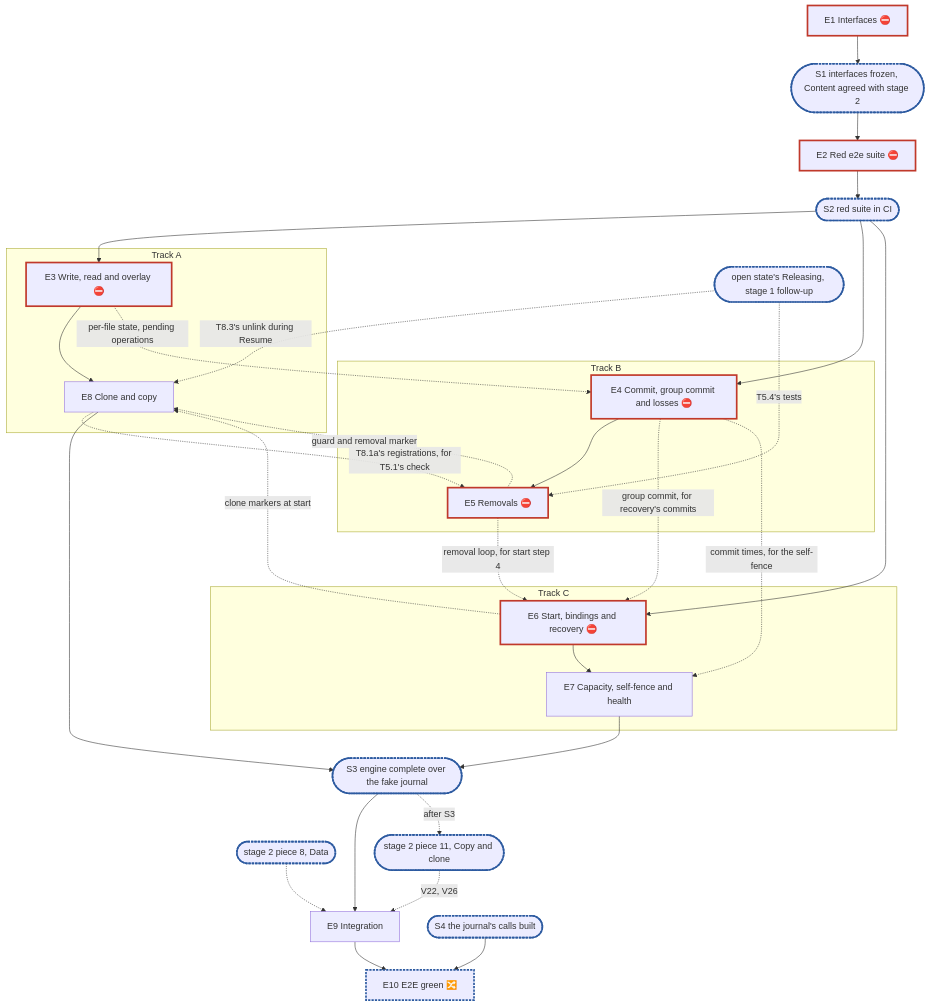
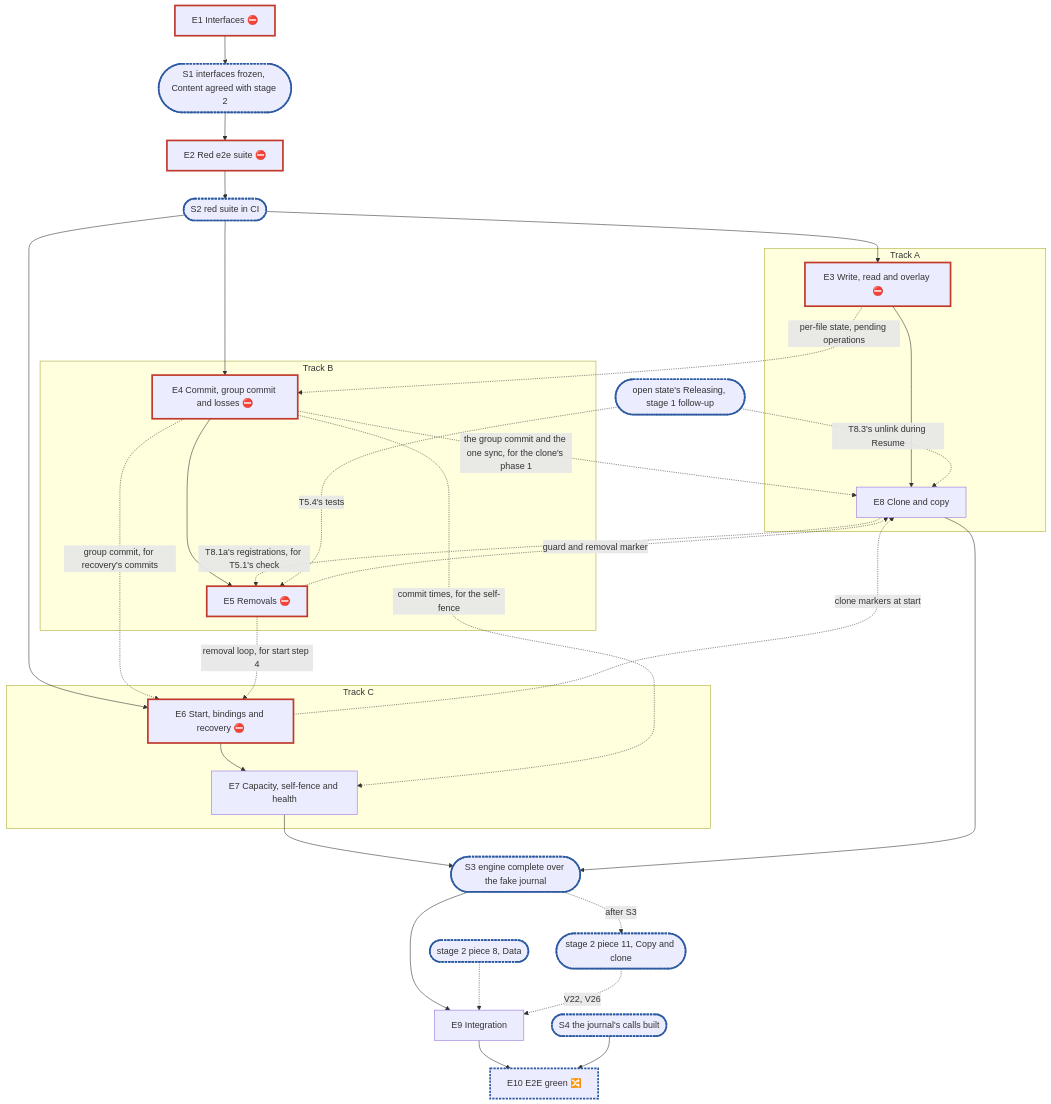
The diagram in docs/internals/planning/rfc-8-journal-only-engine-plan.md (marmos91/dittofs), drawn with Mermaid before and after one commit. The commit also changed other lines of this file and 1 other file, not shown here.

````diff
--- a/docs/internals/planning/rfc-8-journal-only-engine-plan.md
+++ b/docs/internals/planning/rfc-8-journal-only-engine-plan.md
@@ -401,32 +401,33 @@
 ```mermaid
 flowchart TD
   E1["E1 Interfaces ⛔"]:::blocker --> S1(["S1 interfaces frozen, Content agreed with stage 2"]):::sync
   S1 --> E2["E2 Red e2e suite ⛔"]:::blocker --> S2(["S2 red suite in CI"]):::sync
   subgraph A["Track A"]
     E3["E3 Write, read and overlay ⛔"]:::blocker --> E8["E8 Clone and copy"]
   end
   subgraph B["Track B"]
     E4["E4 Commit, group commit and losses ⛔"]:::blocker --> E5["E5 Removals ⛔"]:::blocker
   end
   subgraph C["Track C"]
     E6["E6 Start, bindings and recovery ⛔"]:::blocker --> E7["E7 Capacity, self-fence and health"]
   end
   S2 --> E3 & E4 & E6
   E3 -. "per-file state, pending operations" .-> E4
   E4 -. "group commit, for recovery's commits" .-> E6
   E5 -. "removal loop, for start step 4" .-> E6
   E4 -. "commit times, for the self-fence" .-> E7
+  E4 -. "the group commit and the one sync, for the clone's phase 1" .-> E8
   E5 -. "guard and removal marker" .-> E8
   E8 -. "T8.1a's registrations, for T5.1's check" .-> E5
   E6 -. "clone markers at start" .-> E8
   E7 & E8 --> S3(["S3 engine complete over the fake journal"]):::sync
   S3 --> E9["E9 Integration"]
   X(["stage 2 piece 8, Data"]):::sync -.-> E9
   S3 -. "after S3" .-> P11(["stage 2 piece 11, Copy and clone"]):::sync -. "V22, V26" .-> E9
   R(["open state's Releasing, stage 1 follow-up"]):::sync -. "T5.4's tests" .-> E5
   R -. "T8.3's unlink during Resume" .-> E8
   E9 --> E10["E10 E2E green 🔀"]:::sync
   S4(["S4 the journal's calls built"]):::sync --> E10
   classDef blocker stroke:#c0392b,stroke-width:3px
   classDef sync stroke:#2c5aa0,stroke-width:3px,stroke-dasharray:4 2
 ```
````
